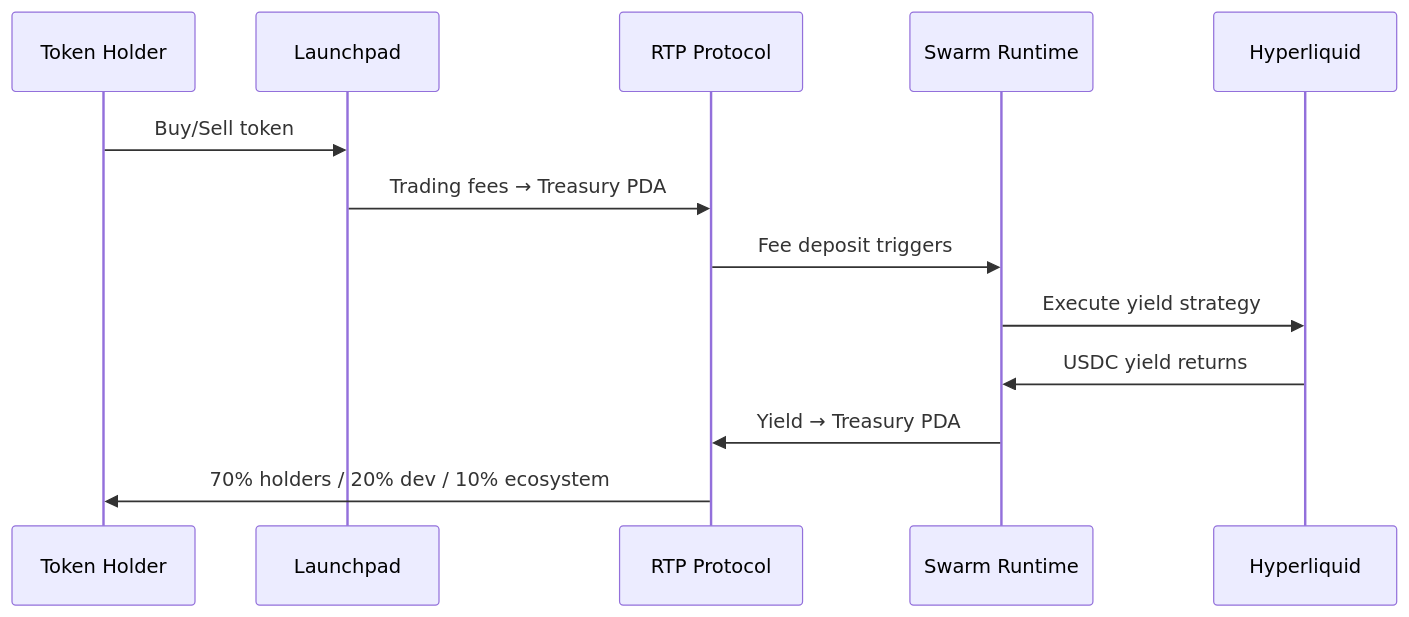
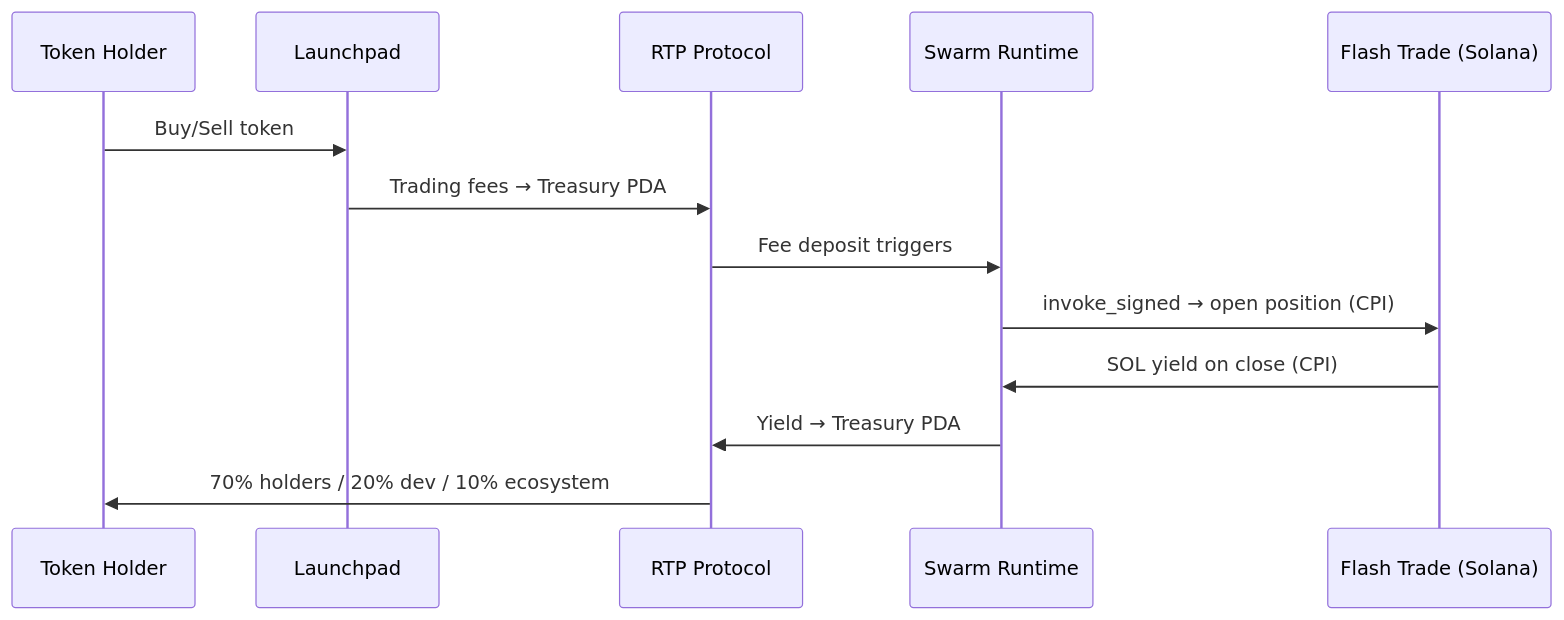
Before and after one commit to tradewife/resilient-token-protocol: the diagram in dashboard/content/docs/index.mdx, drawn with Mermaid. The commit also changed other lines of this file and 59 other files, not shown here.

First line of the commit message:
feat: Flash Trade CPI integration + audit fixes + CI re-enable (#1)

````diff
--- a/dashboard/content/docs/index.mdx
+++ b/dashboard/content/docs/index.mdx
@@ -22,16 +22,16 @@
 ```mermaid
 sequenceDiagram
     participant User as Token Holder
     participant LP as Launchpad
     participant RTP as RTP Protocol
     participant Swarm as Swarm Runtime
-    participant HL as Hyperliquid
+    participant FT as Flash Trade (Solana)
 
     User->>LP: Buy/Sell token
     LP->>RTP: Trading fees → Treasury PDA
     RTP->>Swarm: Fee deposit triggers
-    Swarm->>HL: Execute yield strategy
-    HL->>Swarm: USDC yield returns
+    Swarm->>FT: invoke_signed → open position (CPI)
+    FT->>Swarm: SOL yield on close (CPI)
     Swarm->>RTP: Yield → Treasury PDA
     RTP->>User: 70% holders / 20% dev / 10% ecosystem
 ```
````
